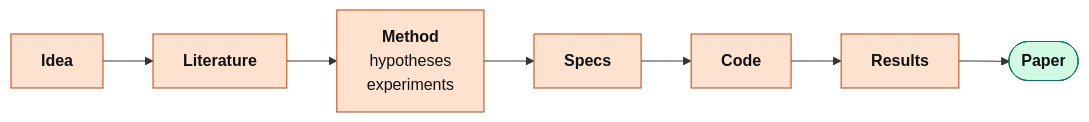
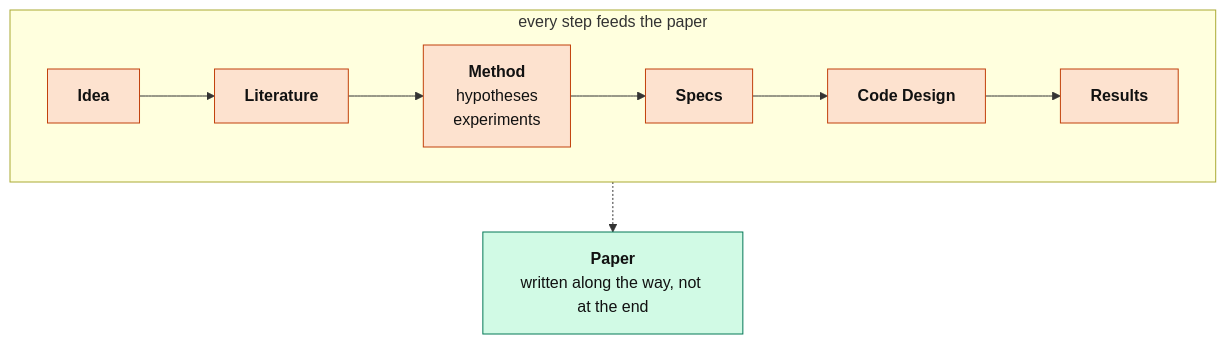
One commit to LeonardoSani/OmniFrame changed the diagram in README.md. Above: the diagram before and after it, drawn with Mermaid.

Commit message:
High-level diagram: every step feeds the paper; Code becomes Code Design

````diff
--- a/README.md
+++ b/README.md
@@ -12,12 +12,17 @@
 ```mermaid
-flowchart LR
+flowchart TB
   classDef step fill:#fde2cf,stroke:#c2410c,color:#111
-  classDef end_ fill:#d1fae5,stroke:#047857,color:#111
+  classDef paper fill:#d1fae5,stroke:#047857,color:#111
 
-  I["<b>Idea</b>"]:::step --> L["<b>Literature</b>"]:::step
-  L --> M["<b>Method</b><br/>hypotheses<br/>experiments"]:::step
-  M --> S["<b>Specs</b>"]:::step
-  S --> C["<b>Code</b>"]:::step
-  C --> R["<b>Results</b>"]:::step
-  R --> P(["<b>Paper</b>"]):::end_
+  subgraph W["every step feeds the paper"]
+    direction LR
+    I["<b>Idea</b>"]:::step --> L["<b>Literature</b>"]:::step
+    L --> M["<b>Method</b><br/>hypotheses<br/>experiments"]:::step
+    M --> S["<b>Specs</b>"]:::step
+    S --> C["<b>Code Design</b>"]:::step
+    C --> R["<b>Results</b>"]:::step
+  end
+
+  W -.-> P
+  P["<b>Paper</b><br/>written along the way, not at the end"]:::paper
 ```
````
